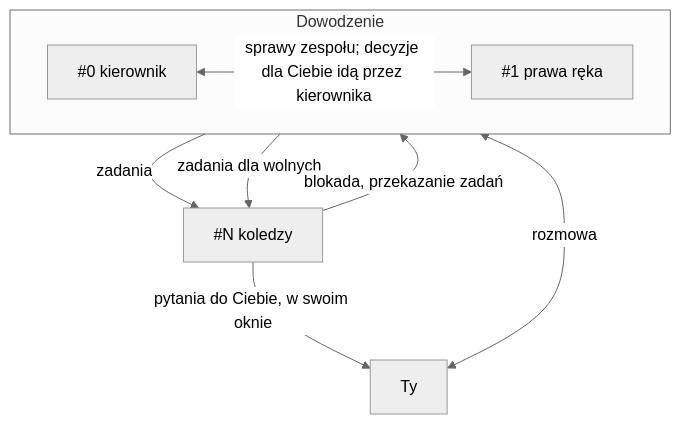
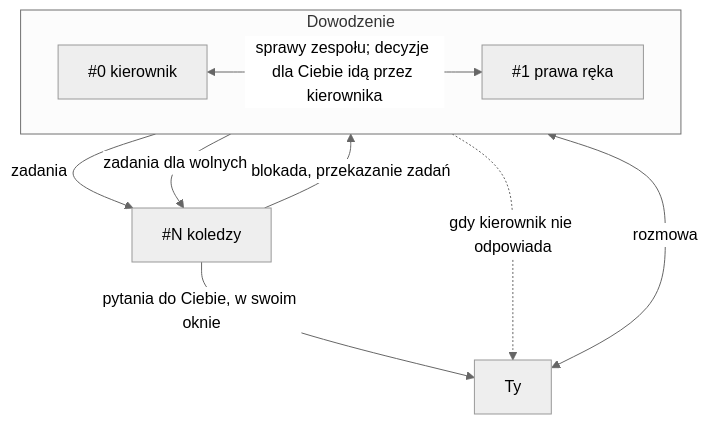
The diagram in README.md (zdzislawbela/tuned-team), drawn with Mermaid (neutral theme) before and after one commit. The commit also changed other lines of this file and 5 other files, not shown here.

````diff
--- a/README.md
+++ b/README.md
@@ -27,14 +27,15 @@
 ```mermaid
 flowchart TB
   T[Ty]
   subgraph D[Dowodzenie]
     direction LR
     K["#0 kierownik"] <-->|sprawy zespołu; decyzje dla Ciebie idą przez kierownika| P["#1 prawa ręka"]
   end
   C["#N koledzy"]
   T <-->|rozmowa| K
   K -->|zadania| C
   P -->|zadania dla wolnych| C
   C -->|blokada, przekazanie zadań| P
   C -->|pytania do Ciebie, w swoim oknie| T
+  P -.->|gdy kierownik nie odpowiada| T
 ```
````
